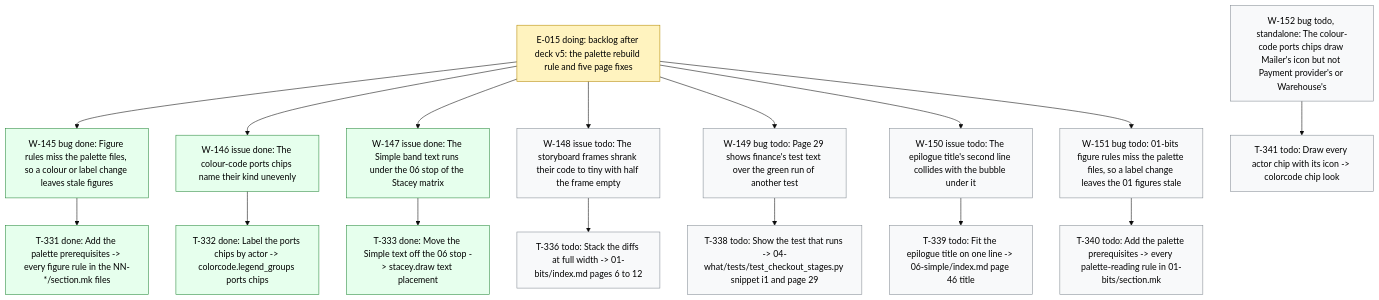
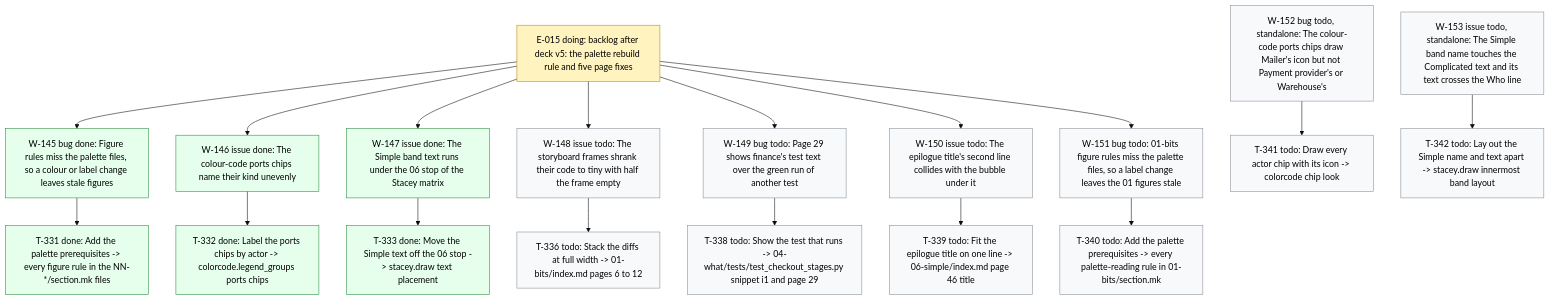
Before and after one commit to dpopchev/chaos-to-simple: the diagram in .board/BOARD.md, drawn with Mermaid (base theme). The commit also changed other lines of this file and 3 other files, not shown here.

First line of the commit message:
chore(board): W-147 verified on page 3 -- file W-153 standalone for the Simple name clash

````diff
--- a/.board/BOARD.md
+++ b/.board/BOARD.md
@@ -861,28 +862,30 @@
 ```mermaid
 flowchart TD
   E015["E-015 doing: backlog after deck v5: the palette rebuild rule and five page fixes"]
   E015 --> W145["W-145 bug done: Figure rules miss the palette files, so a colour or label change leaves stale figures"]
   W145 --> T331["T-331 done: Add the palette prerequisites -> every figure rule in the NN-*/section.mk files"]
   E015 --> W146["W-146 issue done: The colour-code ports chips name their kind unevenly"]
   W146 --> T332["T-332 done: Label the ports chips by actor -> colorcode.legend_groups ports chips"]
   E015 --> W147["W-147 issue done: The Simple band text runs under the 06 stop of the Stacey matrix"]
   W147 --> T333["T-333 done: Move the Simple text off the 06 stop -> stacey.draw text placement"]
   E015 --> W148["W-148 issue todo: The storyboard frames shrank their code to tiny with half the frame empty"]
   W148 --> T336["T-336 todo: Stack the diffs at full width -> 01-bits/index.md pages 6 to 12"]
   E015 --> W149["W-149 bug todo: Page 29 shows finance's test text over the green run of another test"]
   W149 --> T338["T-338 todo: Show the test that runs -> 04-what/tests/test_checkout_stages.py snippet i1 and page 29"]
   E015 --> W150["W-150 issue todo: The epilogue title's second line collides with the bubble under it"]
   W150 --> T339["T-339 todo: Fit the epilogue title on one line -> 06-simple/index.md page 46 title"]
   E015 --> W151["W-151 bug todo: 01-bits figure rules miss the palette files, so a label change leaves the 01 figures stale"]
   W151 --> T340["T-340 todo: Add the palette prerequisites -> every palette-reading rule in 01-bits/section.mk"]
   W152["W-152 bug todo, standalone: The colour-code ports chips draw Mailer's icon but not Payment provider's or Warehouse's"]
   W152 --> T341["T-341 todo: Draw every actor chip with its icon -> colorcode chip look"]
+  W153["W-153 issue todo, standalone: The Simple band name touches the Complicated text and its text crosses the Who line"]
+  W153 --> T342["T-342 todo: Lay out the Simple name and text apart -> stacey.draw innermost band layout"]
   classDef doing fill:#fff3bf,stroke:#b58900,color:#000;
   classDef blocked fill:#ffe3e3,stroke:#c92a2a,color:#000;
   classDef done fill:#e6ffed,stroke:#2b8a3e,color:#000;
   classDef todo fill:#f8f9fa,stroke:#868e96,color:#000;
   classDef pruned fill:#f1f3f5,stroke:#adb5bd,color:#000;
   class E015 doing
   class W145,T331,W146,T332,W147,T333 done
-  class W148,T336,W149,T338,W150,T339,W151,T340,W152,T341 todo
+  class W148,T336,W149,T338,W150,T339,W151,T340,W152,T341,W153,T342 todo
 ```
````
